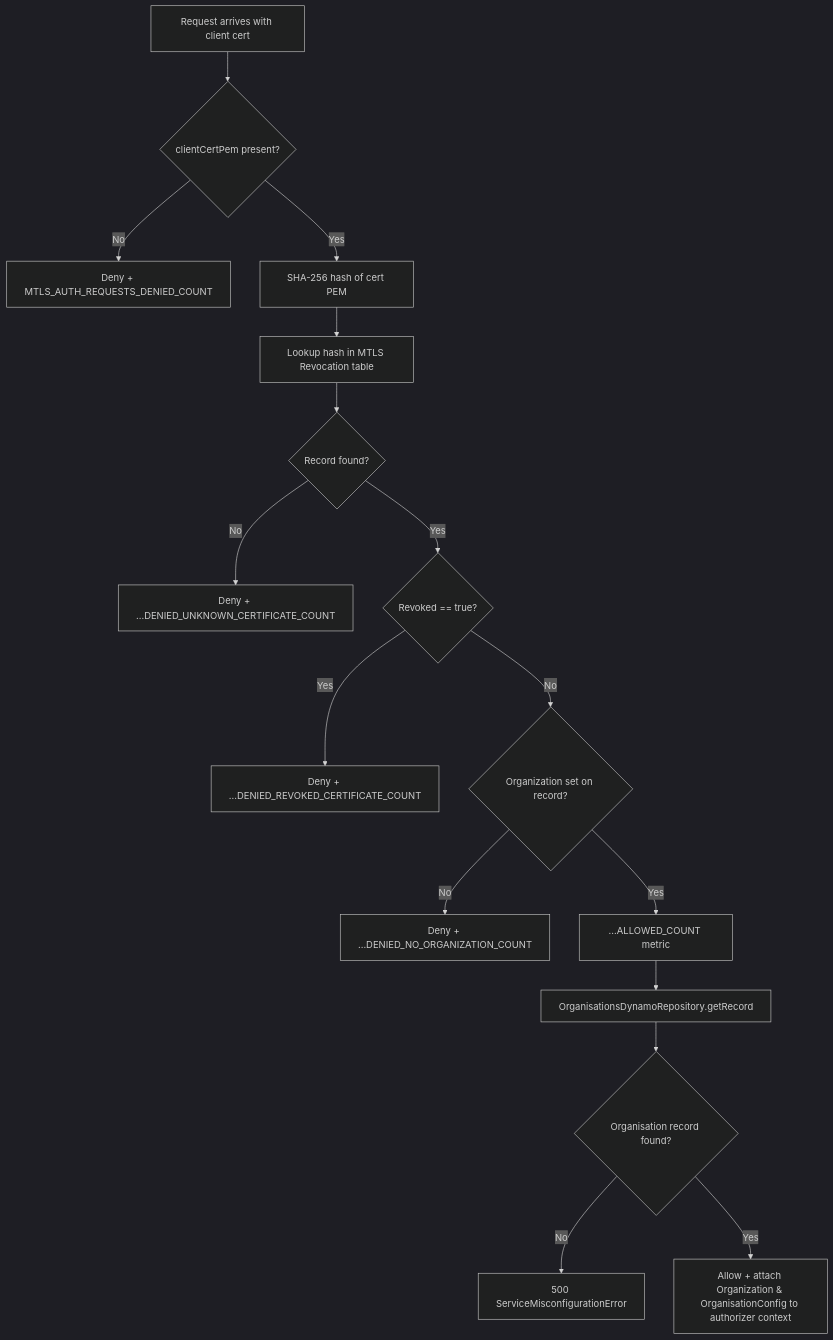
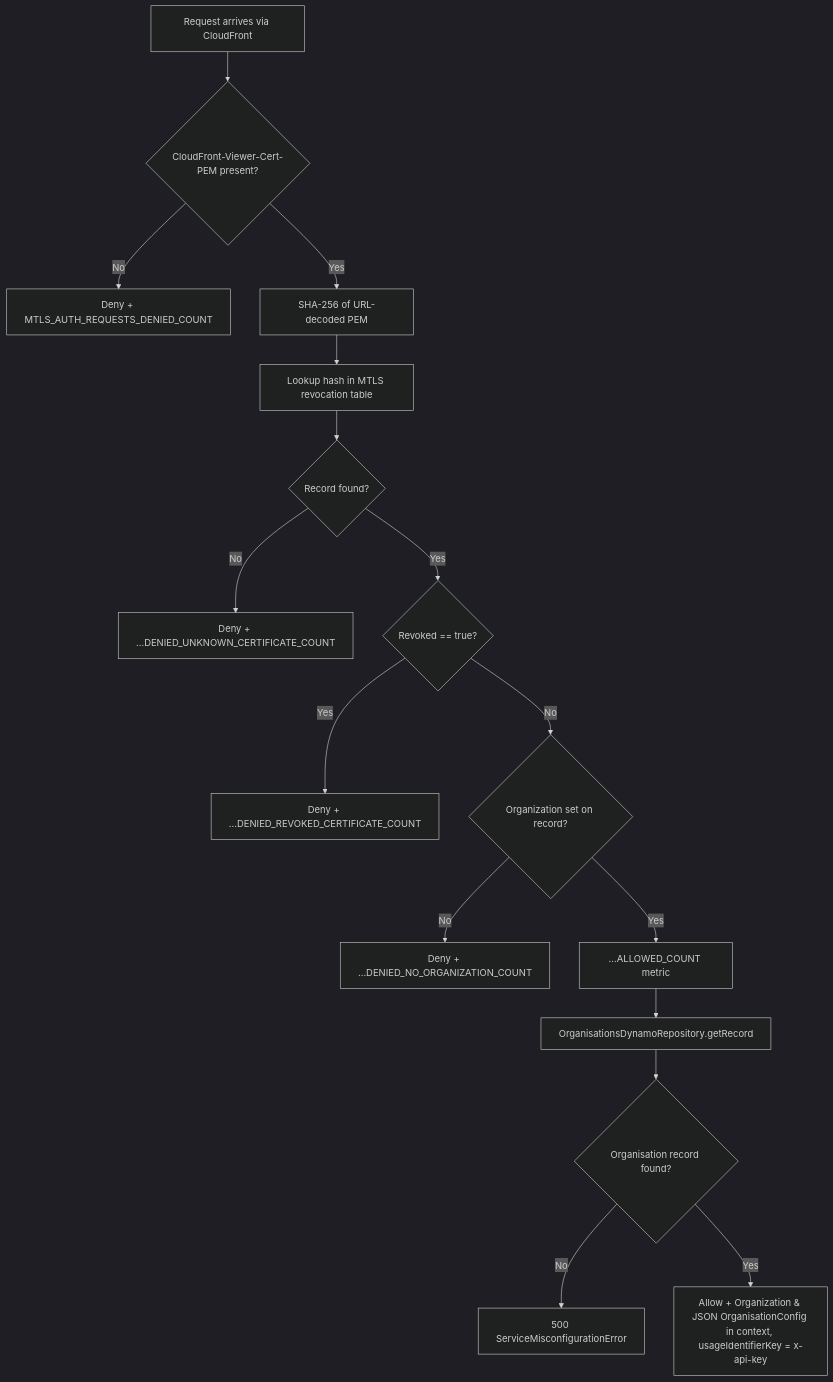
One commit to govuk-once/gds-unified-notification-service changed the diagram in src/lambdas/pso/http.mtlsCertificateRevocationAuthorizer/README.md. Above: the diagram before and after it, drawn with Mermaid (dark theme). The commit also changed other lines of this file and 29 other files, not shown here.

````diff
--- a/src/lambdas/pso/http.mtlsCertificateRevocationAuthorizer/README.md
+++ b/src/lambdas/pso/http.mtlsCertificateRevocationAuthorizer/README.md
@@ -36,18 +38,18 @@
 ```mermaid
 flowchart TD
-    A[Request arrives with client cert] --> B{clientCertPem present?}
+    A[Request arrives via CloudFront] --> B{CloudFront-Viewer-Cert-PEM present?}
     B -- No --> D1[Deny + MTLS_AUTH_REQUESTS_DENIED_COUNT]
-    B -- Yes --> C[SHA-256 hash of cert PEM]
-    C --> E[Lookup hash in MTLS Revocation table]
+    B -- Yes --> C[SHA-256 of URL-decoded PEM]
+    C --> E[Lookup hash in MTLS revocation table]
     E --> F{Record found?}
     F -- No --> D2[Deny + ...DENIED_UNKNOWN_CERTIFICATE_COUNT]
     F -- Yes --> G{Revoked == true?}
     G -- Yes --> D3[Deny + ...DENIED_REVOKED_CERTIFICATE_COUNT]
     G -- No --> H{Organization set on record?}
     H -- No --> D4[Deny + ...DENIED_NO_ORGANIZATION_COUNT]
     H -- Yes --> I[...ALLOWED_COUNT metric]
     I --> K[OrganisationsDynamoRepository.getRecord]
     K --> L{Organisation record found?}
     L -- No --> M[500 ServiceMisconfigurationError]
-    L -- Yes --> N["Allow + attach Organization & OrganisationConfig to authorizer context"]
+    L -- Yes --> N["Allow + Organization & JSON OrganisationConfig in context, usageIdentifierKey = x-api-key"]
 ```
````
